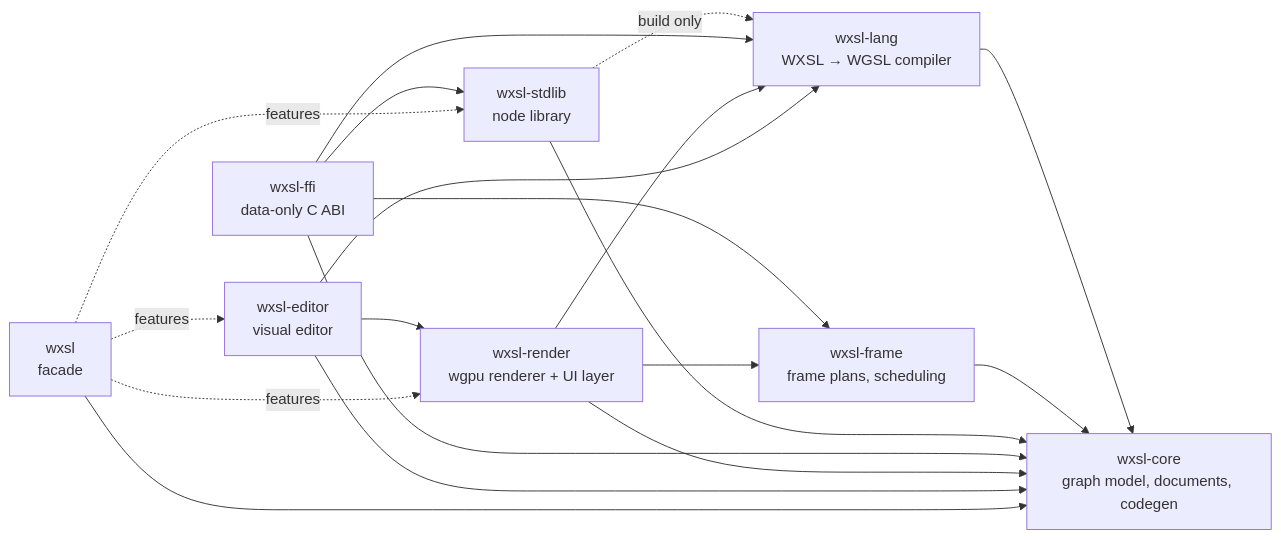
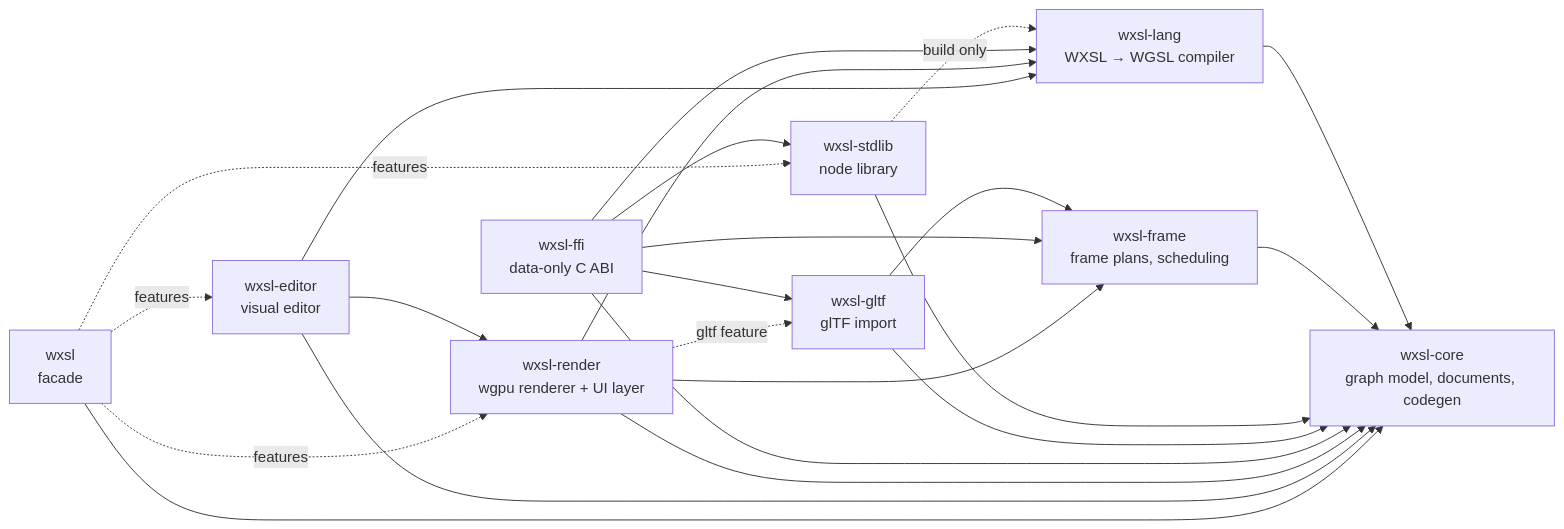
One commit to lapiequichante/wesloom changed the diagram in docs/architecture.md. Above: the diagram before and after it, drawn with Mermaid. The commit also changed other lines of this file and 68 other files, not shown here.

````diff
--- a/docs/architecture.md
+++ b/docs/architecture.md
@@ -20,21 +20,24 @@
 ```mermaid
 graph LR
     core["wxsl-core<br/>graph model, documents, codegen"]
     lang["wxsl-lang<br/>WXSL → WGSL compiler"]
     frame["wxsl-frame<br/>frame plans, scheduling"]
     ffi["wxsl-ffi<br/>data-only C ABI"]
     stdlib["wxsl-stdlib<br/>node library"]
+    gltf["wxsl-gltf<br/>glTF import"]
     render["wxsl-render<br/>wgpu renderer + UI layer"]
     editor["wxsl-editor<br/>visual editor"]
     facade["wxsl<br/>facade"]
 
     lang --> core
     frame --> core
     stdlib --> core
     stdlib -. "build only" .-> lang
-    ffi --> core & frame & lang & stdlib
+    gltf --> core & frame
+    ffi --> core & frame & lang & stdlib & gltf
     render --> core & frame & lang
+    render -. "gltf feature" .-> gltf
     editor --> core & render & lang
     facade --> core
     facade -. features .-> render & editor & stdlib
 ```
````
